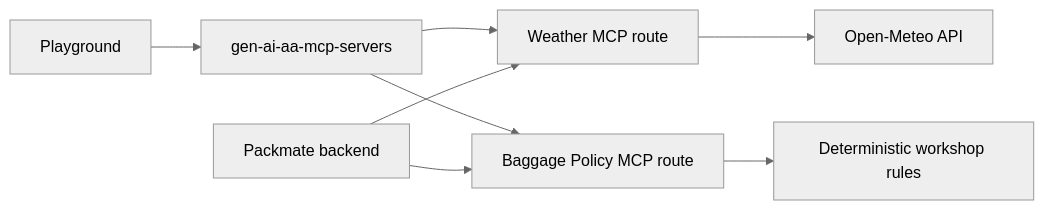
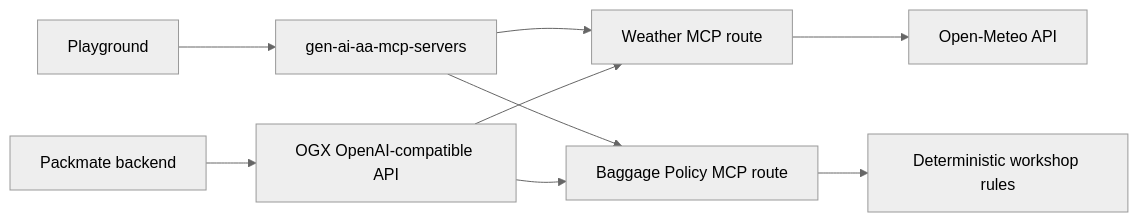
The fourth of 7 diagrams in workshop/ARCHITECTURE.md (Lindagh1/packmate-rhoai-35-workshop), drawn with Mermaid (neutral theme) before and after one commit. The commit also changed other lines of this file and 14 other files, not shown here.

Commit message:
Migrate Packmate workshop to OGX-native runtime

````diff
--- a/workshop/ARCHITECTURE.md
+++ b/workshop/ARCHITECTURE.md
@@ -81,10 +85,11 @@
 ```mermaid
 flowchart LR
   Playground --> MCPConfig[gen-ai-aa-mcp-servers]
   MCPConfig --> Weather[Weather MCP route]
   MCPConfig --> Baggage[Baggage Policy MCP route]
-  App[Packmate backend] --> Weather
-  App --> Baggage
+  App[Packmate backend] --> OGX[OGX OpenAI-compatible API]
+  OGX --> Weather
+  OGX --> Baggage
   Weather --> OpenMeteo[Open-Meteo API]
   Baggage --> Rules[Deterministic workshop rules]
 ```
````
